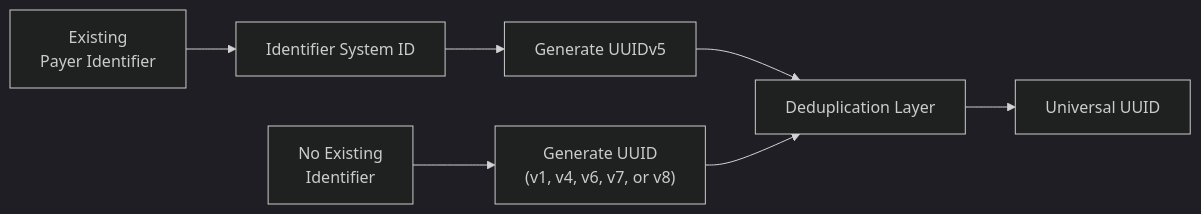
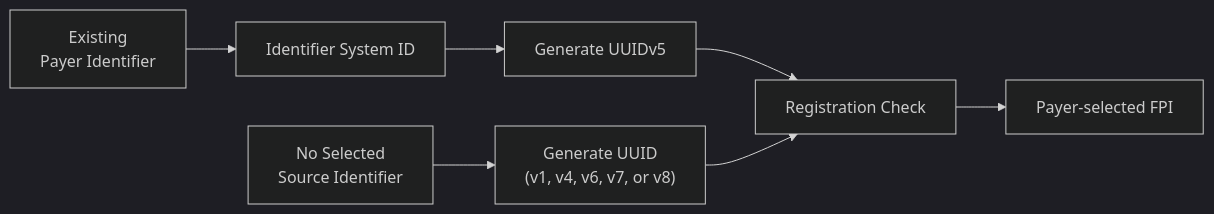
The diagram in GeneratingFederatedPayerIdentifiers.md (ftrotter-gov/FederatedPayerIdentifier), drawn with Mermaid (dark theme) before and after one commit. The commit also changed other lines of this file and 6 other files, not shown here.

````diff
--- a/GeneratingFederatedPayerIdentifiers.md
+++ b/GeneratingFederatedPayerIdentifiers.md
@@ -16,17 +30,17 @@
 ```mermaid
 flowchart LR
 
 A["Existing<br/>Payer Identifier"]
 B["Identifier System ID"]
 C["Generate UUIDv5"]
 
-D["No Existing<br/>Identifier"]
+D["No Selected<br/>Source Identifier"]
 E["Generate UUID<br/>(v1, v4, v6, v7, or v8)"]
 
-F["Deduplication Layer"]
-G["Universal UUID"]
+F["Registration Check"]
+G["Payer-selected FPI"]
 
 A --> B --> C --> F
 D --> E --> F
 F --> G
 ```
````
